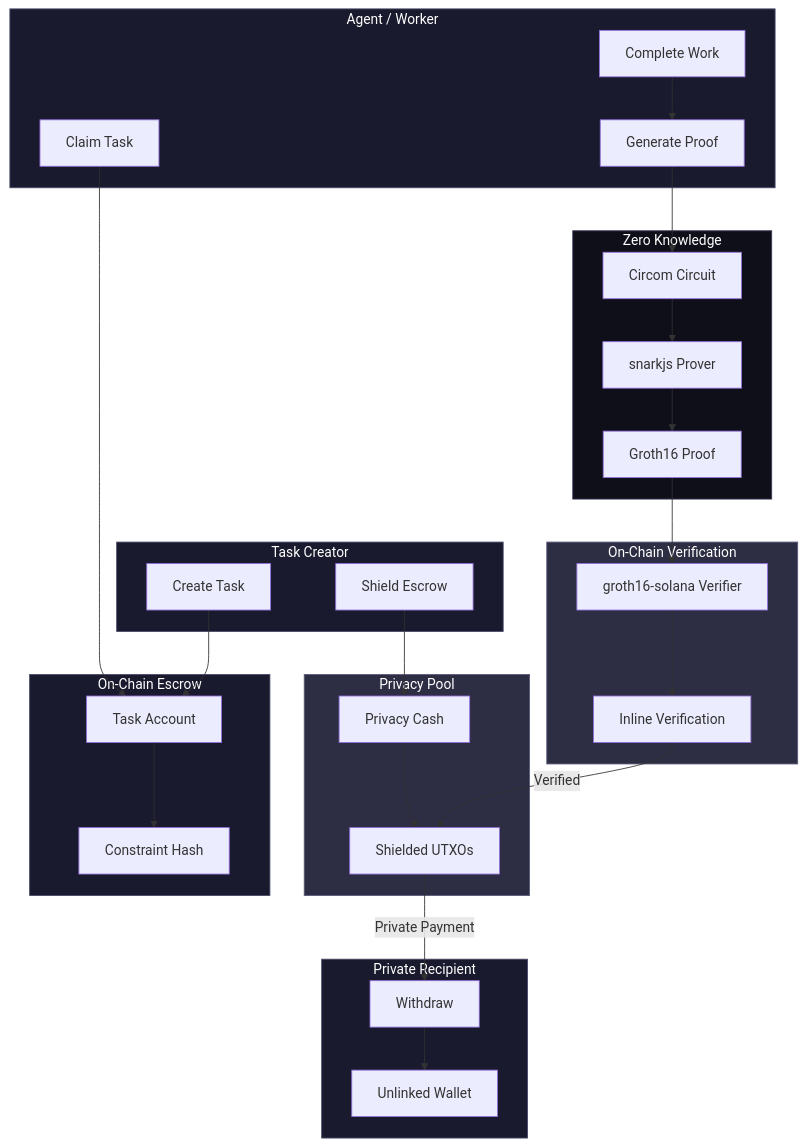
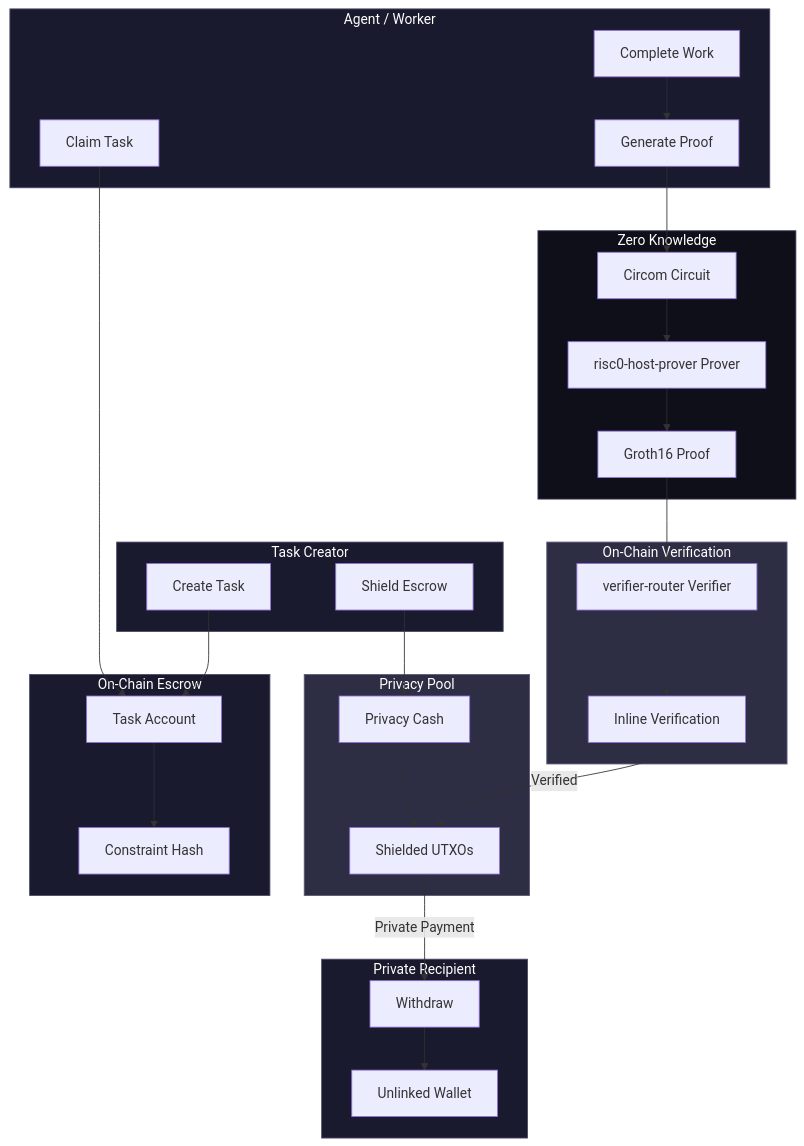
Before and after one commit to tetsuo-ai/AgenC: the first of 2 diagrams in docs/architecture.md, drawn with Mermaid. The commit also changed other lines of this file and 123 other files, not shown here.

````diff
--- a/docs/architecture.md
+++ b/docs/architecture.md
@@ -7,64 +7,64 @@
 ```mermaid
 flowchart TB
     subgraph Creator["Task Creator"]
         C1[Create Task]
         C2[Shield Escrow]
     end
 
     subgraph Escrow["On-Chain Escrow"]
         E1[Task Account]
         E2[Constraint Hash]
     end
 
     subgraph Privacy["Privacy Pool"]
         P1[Privacy Cash]
         P2[Shielded UTXOs]
     end
 
     subgraph Agent["Agent / Worker"]
         A1[Claim Task]
         A2[Complete Work]
         A3[Generate Proof]
     end
 
     subgraph ZK["Zero Knowledge"]
         Z1[Circom Circuit]
-        Z2[snarkjs Prover]
+        Z2[risc0-host-prover Prover]
         Z3[Groth16 Proof]
     end
 
     subgraph Verify["On-Chain Verification"]
-        V1[groth16-solana Verifier]
+        V1[verifier-router Verifier]
         V2[Inline Verification]
     end
 
     subgraph Recipient["Private Recipient"]
         R1[Withdraw]
         R2[Unlinked Wallet]
     end
 
     C1 --> E1
     C2 --> P1
     E1 --> E2
     P1 --> P2
 
     A1 --> E1
     A2 --> A3
     A3 --> Z1
     Z1 --> Z2
     Z2 --> Z3
     Z3 --> V1
     V1 --> V2
 
     V2 -->|Verified| P2
     P2 -->|Private Payment| R1
     R1 --> R2
 
     style Creator fill:#1a1a2e,stroke:#4a4a6a,color:#fff
     style Escrow fill:#1a1a2e,stroke:#4a4a6a,color:#fff
     style Privacy fill:#2d2d44,stroke:#5a5a7a,color:#fff
     style Agent fill:#1a1a2e,stroke:#4a4a6a,color:#fff
     style ZK fill:#0f0f1a,stroke:#3a3a5a,color:#fff
     style Verify fill:#2d2d44,stroke:#5a5a7a,color:#fff
     style Recipient fill:#1a1a2e,stroke:#4a4a6a,color:#fff
 ```
````
